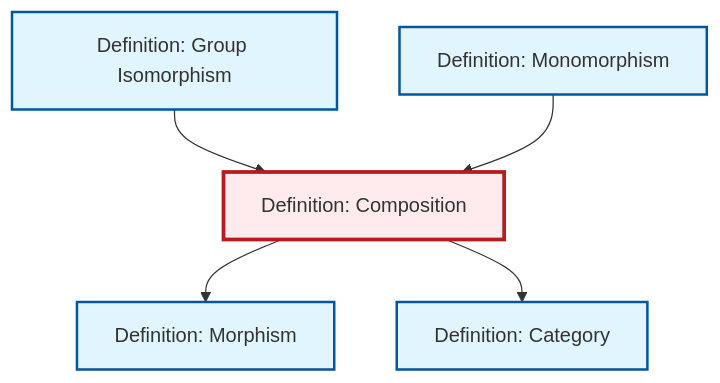
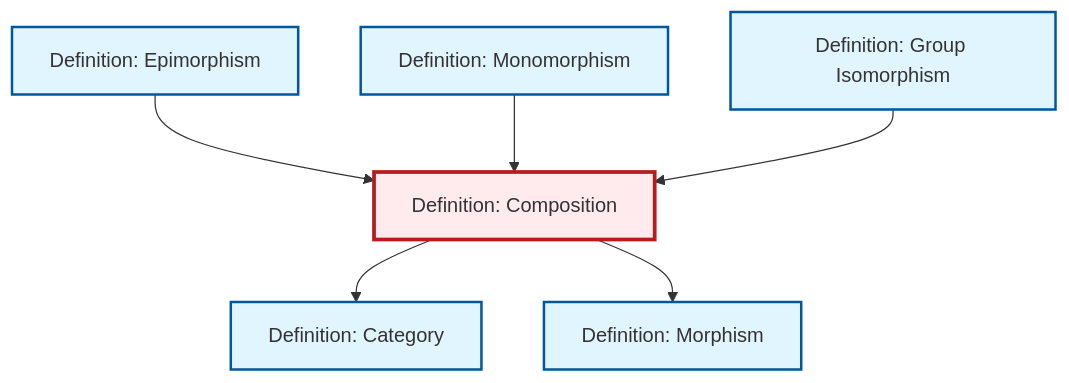
The diagram in content/ja/category-theory/def-composition.qmd (RK0429/ModernMath), drawn with Mermaid before and after one commit. The commit also changed 597 other files, not shown here.

````diff
--- a/content/ja/category-theory/def-composition.qmd
+++ b/content/ja/category-theory/def-composition.qmd
@@ -93,23 +93,26 @@
 ```{mermaid}
 %%| fig-cap: "Local dependency graph"
 graph TD
     classDef definition fill:#e1f5fe,stroke:#01579b,stroke-width:2px
     classDef theorem fill:#f3e5f5,stroke:#4a148c,stroke-width:2px
     classDef axiom fill:#fff3e0,stroke:#e65100,stroke-width:2px
     classDef example fill:#e8f5e9,stroke:#1b5e20,stroke-width:2px
     classDef current fill:#ffebee,stroke:#b71c1c,stroke-width:3px
+    def-epimorphism["Definition: Epimorphism"]:::definition
+    def-category["Definition: Category"]:::definition
+    def-isomorphism["Definition: Group Isomorphism"]:::definition
     def-morphism["Definition: Morphism"]:::definition
-    def-category["Definition: Category"]:::definition
     def-monomorphism["Definition: Monomorphism"]:::definition
-    def-isomorphism["Definition: Group Isomorphism"]:::definition
     def-composition["Definition: Composition"]:::definition
+    def-composition --> def-category
     def-composition --> def-morphism
+    def-epimorphism --> def-composition
+    def-monomorphism --> def-composition
     def-isomorphism --> def-composition
-    def-monomorphism --> def-composition
-    def-composition --> def-category
     class def-composition current
+    click def-epimorphism "def-epimorphism.html" "Definition: Epimorphismへ"
+    click def-category "def-category.html" "Definition: Categoryへ"
+    click def-isomorphism "def-isomorphism.html" "Definition: Group Isomorphismへ"
     click def-morphism "def-morphism.html" "Definition: Morphismへ"
-    click def-category "def-category.html" "Definition: Categoryへ"
     click def-monomorphism "def-monomorphism.html" "Definition: Monomorphismへ"
-    click def-isomorphism "def-isomorphism.html" "Definition: Group Isomorphismへ"
 ```
````
